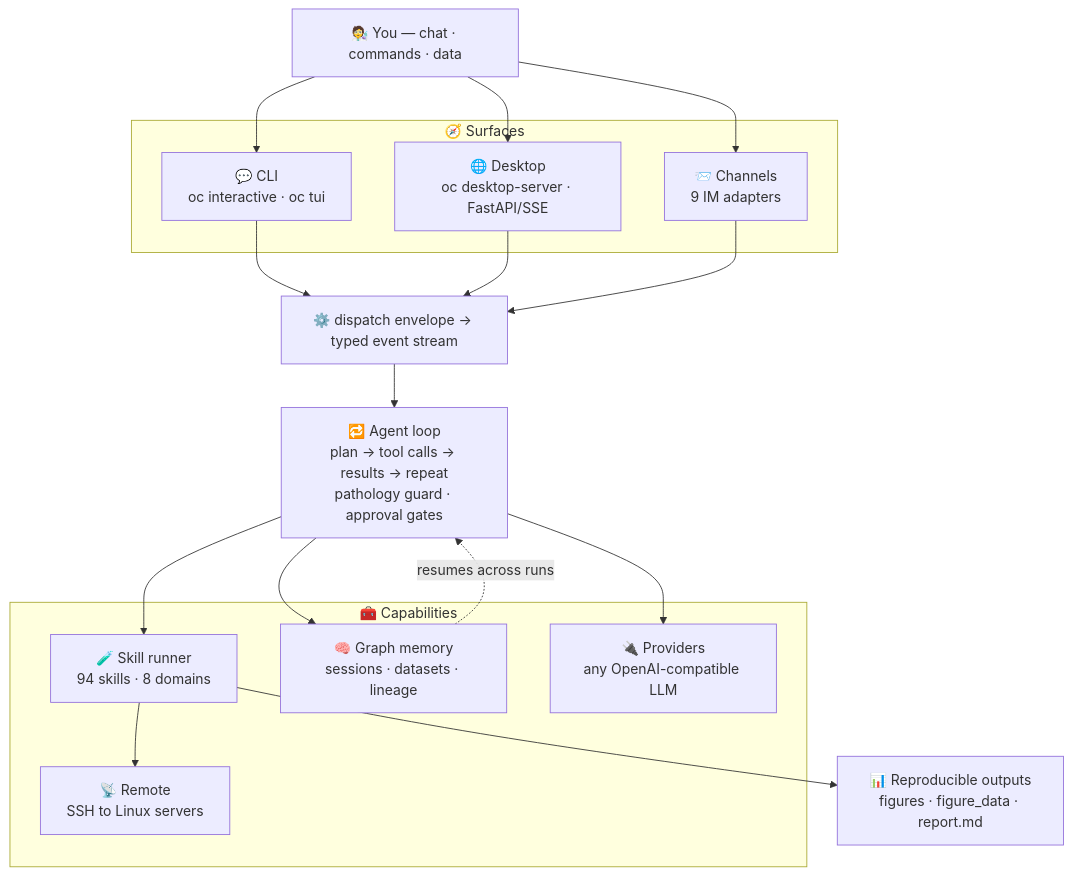
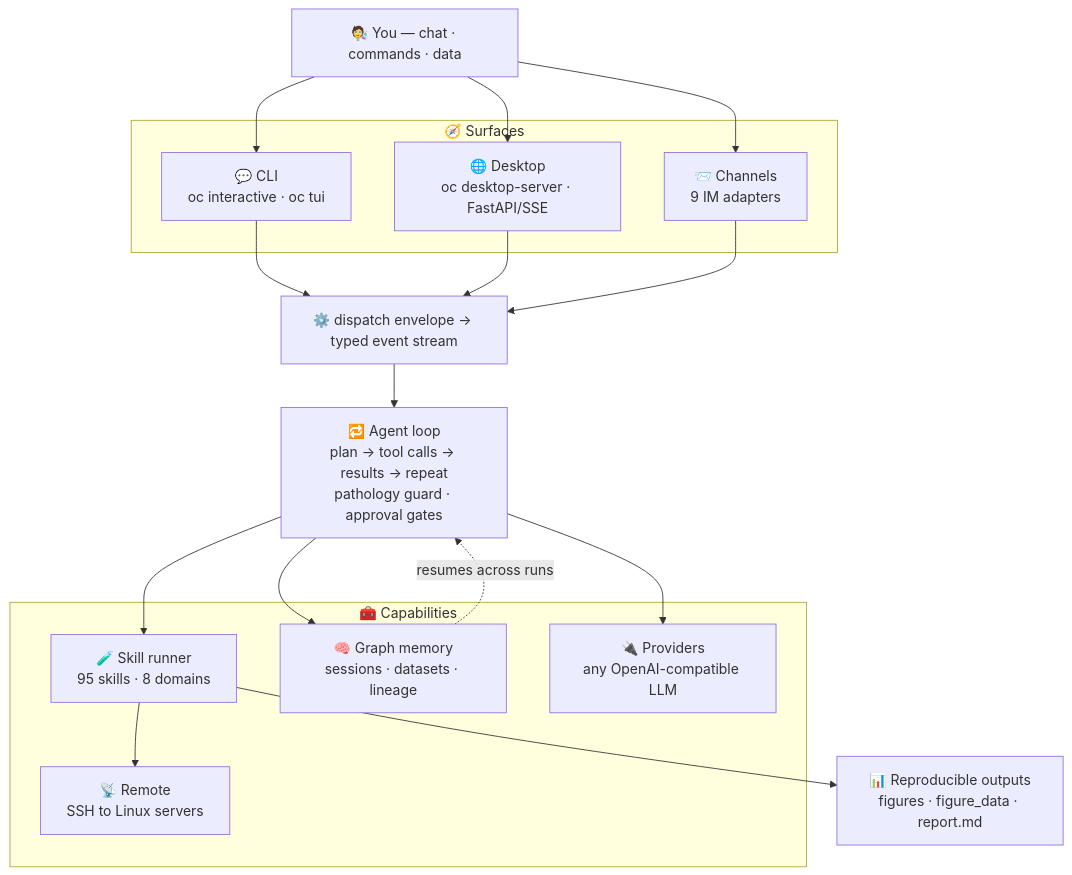
One commit to zhou-1314/OmicsClaw changed the diagram in README.md. Above: the diagram before and after it, drawn with Mermaid. The commit also changed other lines of this file and 7 other files, not shown here.

````diff
--- a/README.md
+++ b/README.md
@@ -116,32 +116,32 @@
 ```mermaid
 flowchart TD
     U["🧑‍🔬 You — chat · commands · data"]
 
     subgraph Surfaces["🧭 Surfaces"]
         CLI["💬 CLI<br/>oc interactive · oc tui"]
         DESK["🌐 Desktop<br/>oc desktop-server · FastAPI/SSE"]
         CHAN["📨 Channels<br/>9 IM adapters"]
     end
 
     DISPATCH["⚙️ dispatch envelope → typed event stream"]
     LOOP["🔁 Agent loop<br/>plan → tool calls → results → repeat<br/>pathology guard · approval gates"]
 
     subgraph Capabilities["🧰 Capabilities"]
-        SKILLS["🧪 Skill runner<br/>94 skills · 8 domains"]
+        SKILLS["🧪 Skill runner<br/>95 skills · 8 domains"]
         MEMORY["🧠 Graph memory<br/>sessions · datasets · lineage"]
         PROV["🔌 Providers<br/>any OpenAI-compatible LLM"]
         REMOTE["📡 Remote<br/>SSH to Linux servers"]
     end
 
     OUT["📊 Reproducible outputs<br/>figures · figure_data · report.md"]
 
     U --> CLI & DESK & CHAN
     CLI --> DISPATCH
     DESK --> DISPATCH
     CHAN --> DISPATCH
     DISPATCH --> LOOP
     LOOP --> SKILLS & MEMORY & PROV
     SKILLS --> REMOTE
     SKILLS --> OUT
     MEMORY -. resumes across runs .-> LOOP
 ```
````
